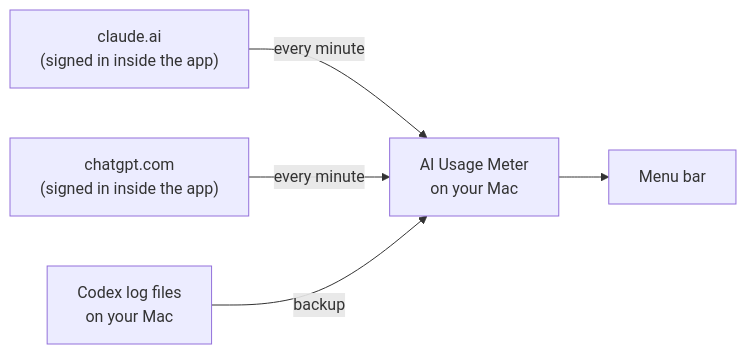
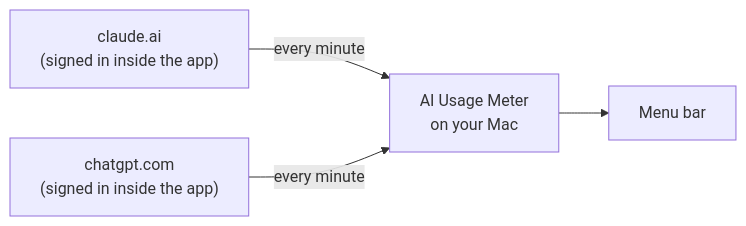
One commit to PrajwalSR/ai_usage_meter changed the first of 2 diagrams in README.md. Above: the diagram before and after it, drawn with Mermaid. The commit also changed other lines of this file and 24 other files, not shown here.

````diff
--- a/README.md
+++ b/README.md
@@ -91,7 +91,6 @@
 ```mermaid
 flowchart LR
     A["claude.ai<br/>(signed in inside the app)"] -->|"every minute"| M["AI Usage Meter<br/>on your Mac"]
     G["chatgpt.com<br/>(signed in inside the app)"] -->|"every minute"| M
-    B["Codex log files<br/>on your Mac"] -->|"backup"| M
     M --> C["Menu bar"]
 ```
````
